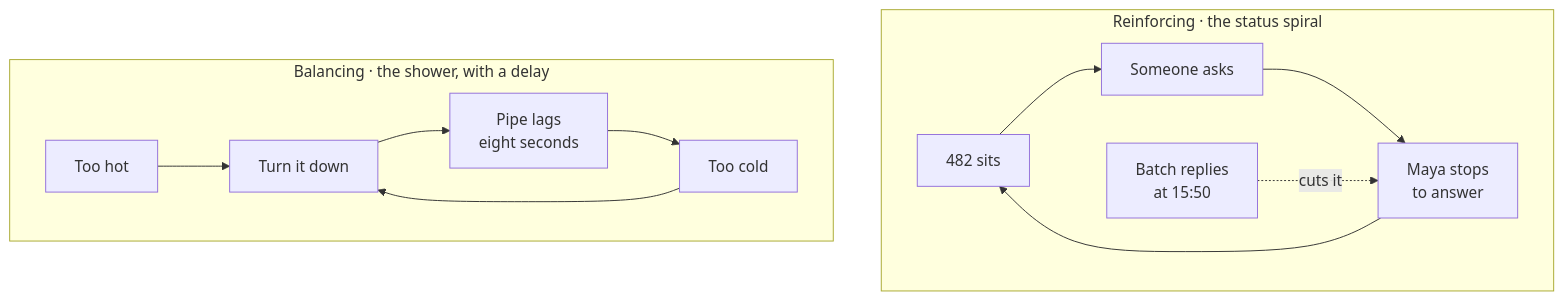
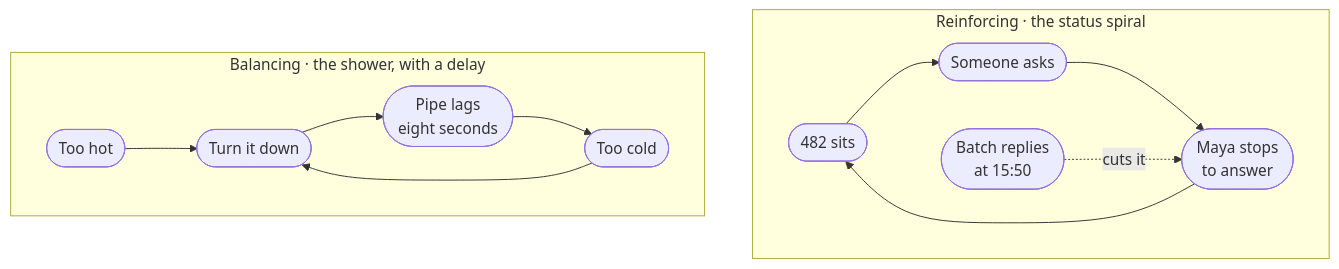
Before and after one commit to Laticent/lattice: the third of 19 diagrams in examples/system-design-foundations.md, drawn with Mermaid. The commit also changed other lines of this file and 1 other file, not shown here.

First line of the commit message:
deck(examples): act on the re-score, and finish the diagram conversion

````diff
--- a/examples/system-design-foundations.md
+++ b/examples/system-design-foundations.md
@@ -389,17 +389,17 @@
 ```mermaid
 flowchart TB
   subgraph rein["Reinforcing · the status spiral"]
     direction LR
-    R1["482 sits"] --> R2["Someone asks"]
-    R2 --> R3["Maya stops<br/>to answer"]
+    R1(["482 sits"]) --> R2(["Someone asks"])
+    R2 --> R3(["Maya stops<br/>to answer"])
     R3 --> R1
-    R4["Batch replies<br/>at 15:50"] -.->|"cuts it"| R3
+    R4(["Batch replies<br/>at 15:50"]) -.->|"cuts it"| R3
   end
   subgraph bal["Balancing · the shower, with a delay"]
     direction LR
-    B1["Too hot"] --> B2["Turn it down"]
-    B2 --> B3["Pipe lags<br/>eight seconds"]
-    B3 --> B4["Too cold"]
+    B1(["Too hot"]) --> B2(["Turn it down"])
+    B2 --> B3(["Pipe lags<br/>eight seconds"])
+    B3 --> B4(["Too cold"])
     B4 --> B2
   end
 ```
````
